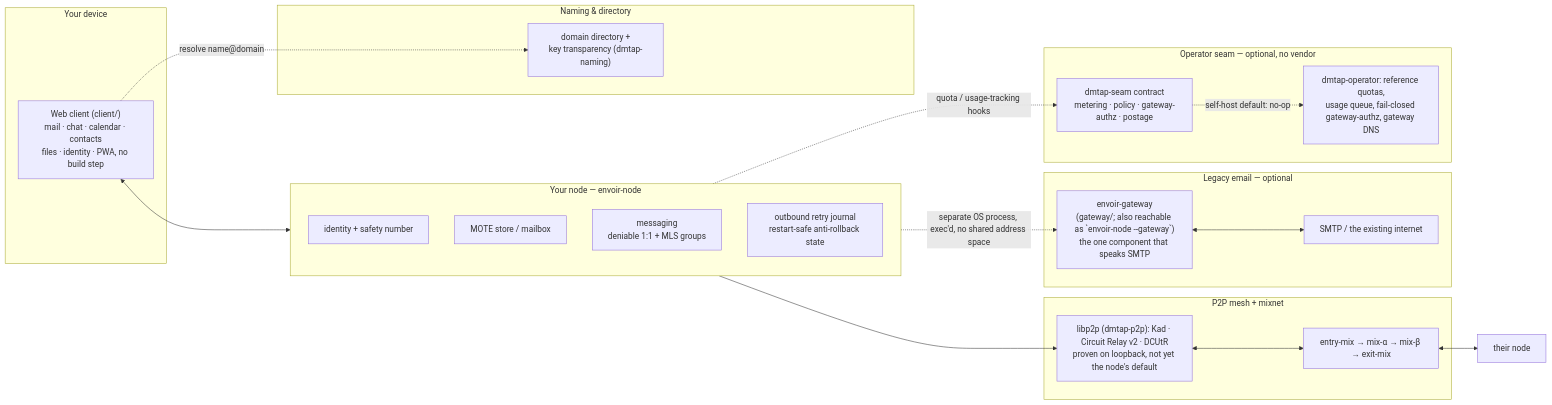
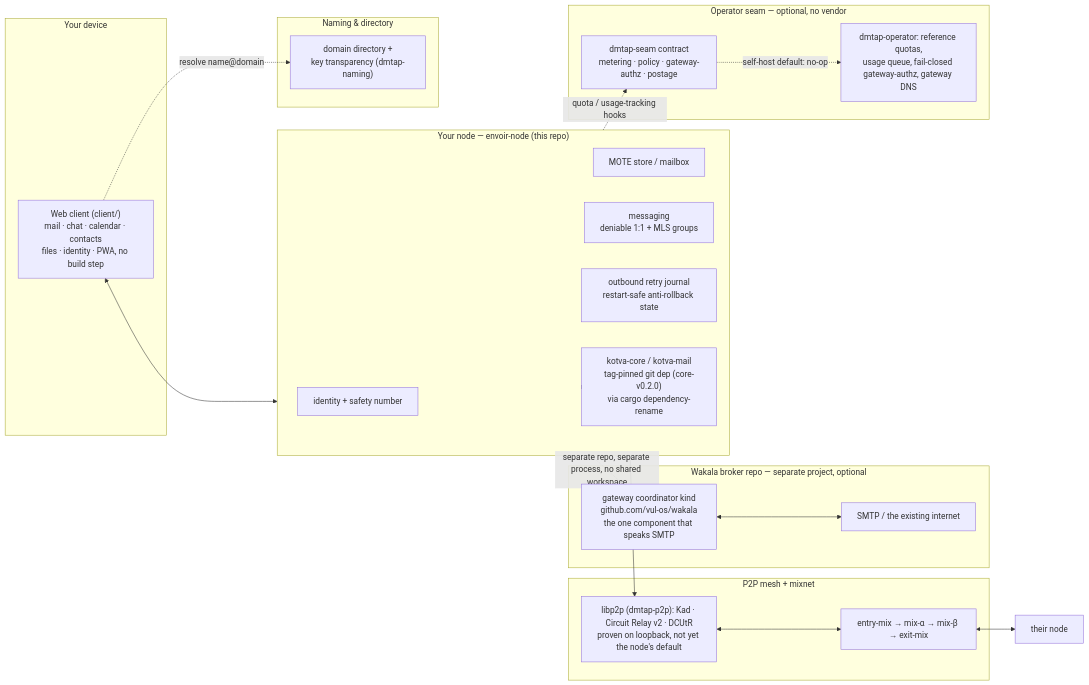
Before and after one commit to vul-os/envoir: the diagram in README.md, drawn with Mermaid. The commit also changed other lines of this file, not shown here.

First line of the commit message:
docs: rewrite README for the node-only repo (gateway → wakala, substrate → kotva)

````diff
--- a/README.md
+++ b/README.md
@@ -174,42 +199,44 @@
 ```mermaid
 flowchart LR
     subgraph You["Your device"]
         Client["Web client (client/)<br/>mail · chat · calendar · contacts<br/>files · identity · PWA, no build step"]
     end
 
-    subgraph Node["Your node — envoir-node"]
+    subgraph Node["Your node — envoir-node (this repo)"]
         Identity_["identity + safety number"]
         Mailbox["MOTE store / mailbox"]
         Messaging["messaging<br/>deniable 1:1 + MLS groups"]
         Journal["outbound retry journal<br/>restart-safe anti-rollback state"]
+        Substrate["kotva-core / kotva-mail<br/>tag-pinned git dep (core-v0.2.0)<br/>via cargo dependency-rename"]
     end
 
     subgraph Mesh["P2P mesh + mixnet"]
         Transport["libp2p (dmtap-p2p): Kad · Circuit Relay v2 · DCUtR<br/>proven on loopback, not yet the node's default"]
         Mix["entry-mix → mix-α → mix-β → exit-mix"]
     end
 
     subgraph Naming["Naming & directory"]
         KT["domain directory +<br/>key transparency (dmtap-naming)"]
     end
 
-    subgraph Legacy["Legacy email — optional"]
-        Gateway["envoir-gateway<br/>(gateway/; also reachable as `envoir-node --gateway`)<br/>the one component that speaks SMTP"]
+    subgraph Wakala["Wakala broker repo — separate project, optional"]
+        Gateway["gateway coordinator kind<br/>github.com/vul-os/wakala<br/>the one component that speaks SMTP"]
         SMTP["SMTP / the existing internet"]
     end
 
     subgraph Op["Operator seam — optional, no vendor"]
         Seam["dmtap-seam contract<br/>metering · policy · gateway-authz · postage"]
         Ref["dmtap-operator: reference quotas,<br/>usage queue, fail-closed gateway-authz, gateway DNS"]
     end
 
     Client <--> Node
+    Node --> Substrate
     Node --> Transport
     Transport <--> Mix
     Mix <--> Peer["their node"]
     Client -.->|resolve name@domain| KT
-    Node -.->|separate OS process, exec'd, no shared address space| Gateway
+    Node -.->|separate repo, separate process, no shared workspace| Gateway
     Gateway <--> SMTP
     Node -.->|quota / usage-tracking hooks| Seam
     Seam -.->|self-host default: no-op| Ref
 ```
````
